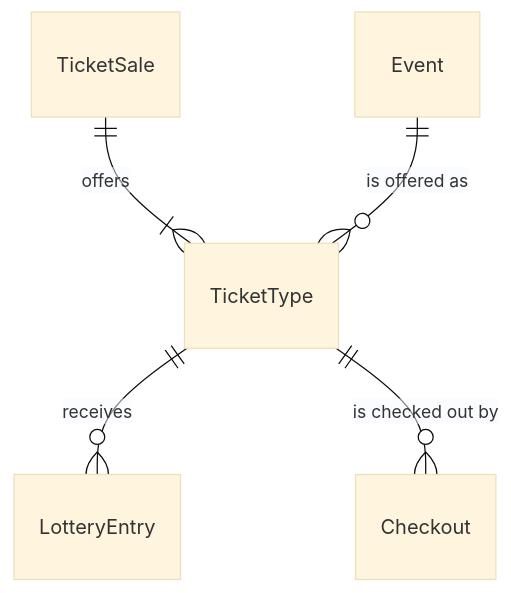
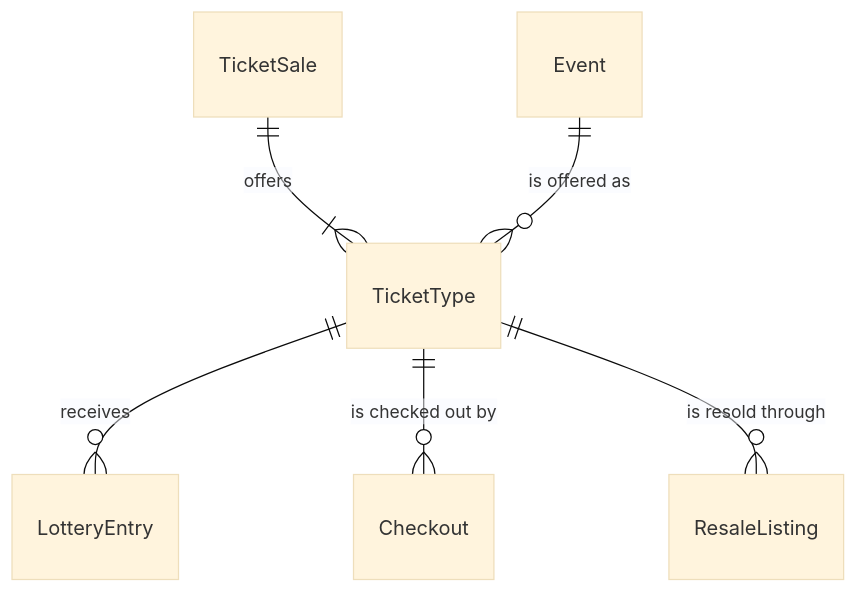
Before and after one commit to liverty-music/specification: the diagram in openspec/specs/components/entity/ticket-type/spec.md, drawn with Mermaid (base theme). The commit also changed other lines of this file and 79 other files, not shown here.

````diff
--- a/openspec/specs/components/entity/ticket-type/spec.md
+++ b/openspec/specs/components/entity/ticket-type/spec.md
@@ -19,7 +21,8 @@
 ```mermaid
 erDiagram
   TicketSale ||--|{ TicketType : "offers"
   Event ||--o{ TicketType : "is offered as"
   TicketType ||--o{ LotteryEntry : "receives"
   TicketType ||--o{ Checkout : "is checked out by"
+  TicketType ||--o{ ResaleListing : "is resold through"
 ```
````
